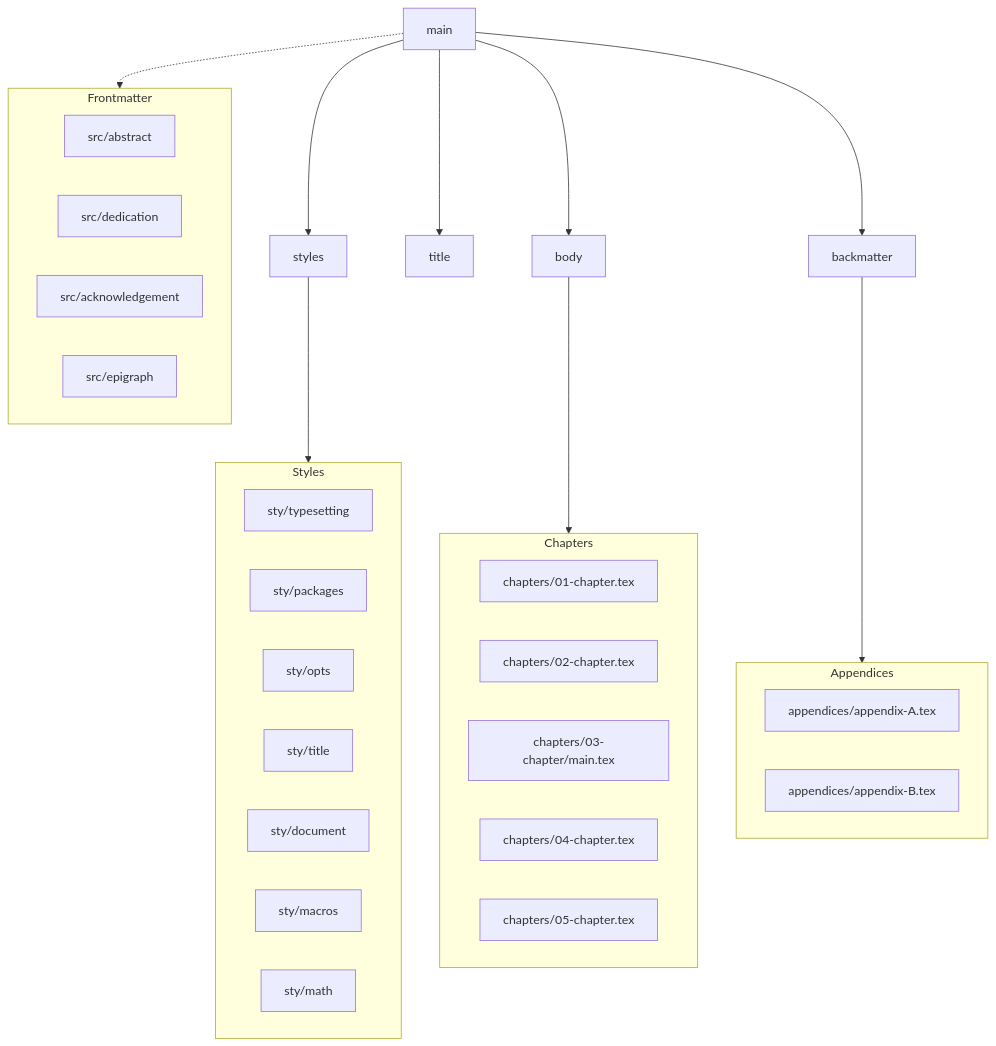
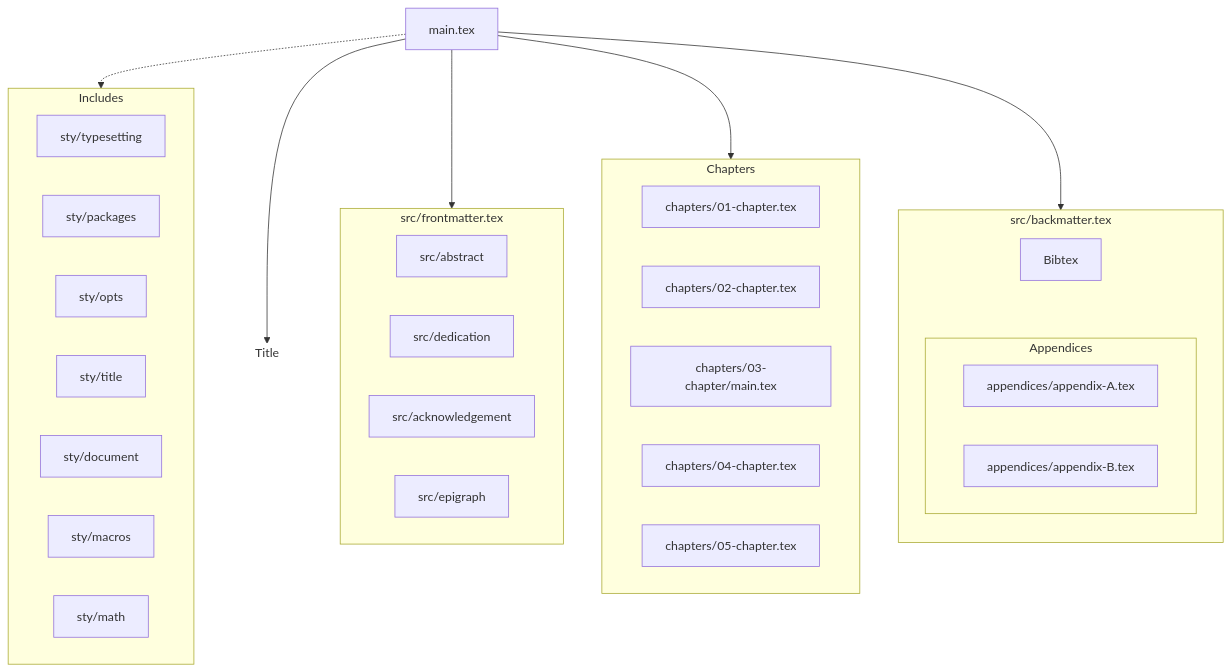
Before and after one commit to dmadisetti/Bibeks-Dissertation-Template: the diagram in README.md, drawn with Mermaid.

````diff
--- a/README.md
+++ b/README.md
@@ -7,42 +7,49 @@
 ```mermaid
 graph TB
-    subgraph Styles
-        C[sty/typesetting]
-        D[sty/packages]
-        E[sty/opts]
-        F[sty/title]
-        G[sty/document]
-        H[sty/macros]
-        I[sty/math]
+    subgraph B[Includes]
+        a[sty/typesetting]
+        b[sty/packages]
+        c[sty/opts]
+        d[sty/title]
+        e[sty/document]
+        f[sty/macros]
+        g[sty/math]
     end
 
-    subgraph Chapters
+    subgraph E[Chapters]
         M[chapters/01-chapter.tex]
         N[chapters/02-chapter.tex]
         O[chapters/03-chapter/main.tex]
         P[chapters/04-chapter.tex]
         Q[chapters/05-chapter.tex]
     end
 
-    subgraph Appendices
-        S[appendices/appendix-A.tex]
-        T[appendices/appendix-B.tex]
+    subgraph F[src/backmatter.tex]
+        direction TB
+        Bibtex
+        subgraph Appendices
+            S[appendices/appendix-A.tex]
+            T[appendices/appendix-B.tex]
+        end
+        Bibtex ~~~ Appendices
     end
 
-    subgraph Frontmatter
+    subgraph D[src/frontmatter.tex]
         src/abstract
         src/dedication
         src/acknowledgement
         src/epigraph
     end
 
-    A[main] --> B[styles]
-    B --> Styles
+    subgraph C[Title]
+        x(( )):::invis
+    end
 
-    A --> J[title]
-    A -.-> Frontmatter
-    A --> L[body]
-    L --> Chapters
-    A --> R[backmatter]
-    R --> Appendices
+    A[main.tex] -.-> B
+    A --> C
+    A --> D
+    A --> E
+    A --> F
+    style x fill:none,stroke:none,color:transparent,stroke-width:0px 
+    style C fill:none,stroke:none,stroke-width:0px 
 ```
````
